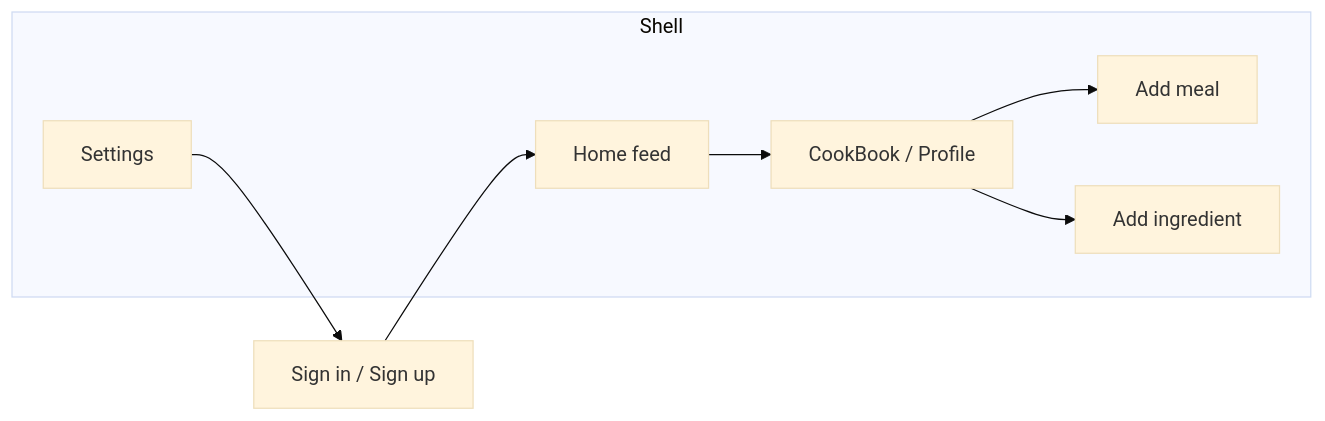
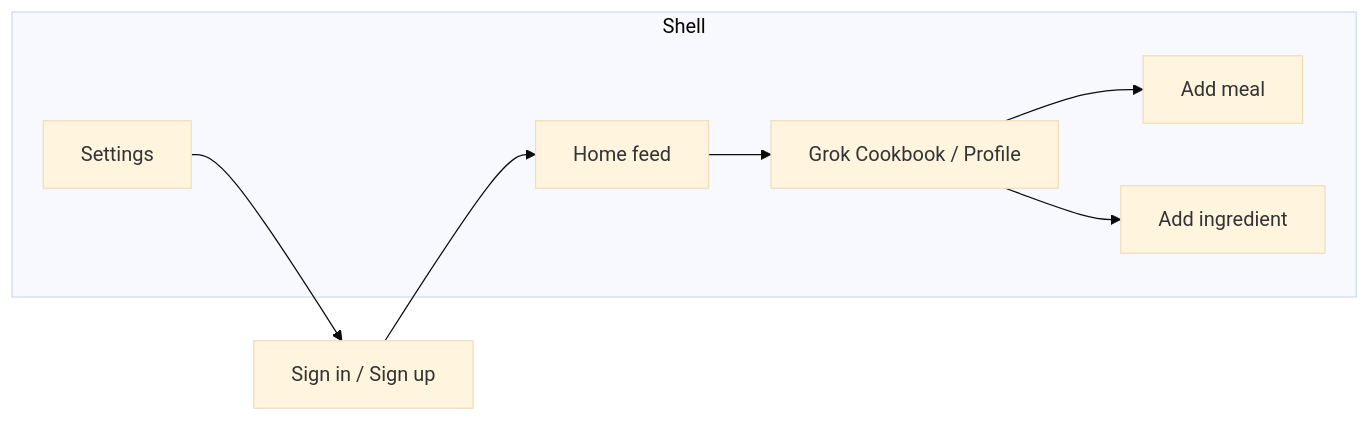
The first of 6 diagrams in DESIGN.md (Da-El/CookBook), drawn with Mermaid (base theme) before and after one commit. The commit also changed other lines of this file and 53 other files, not shown here.

First line of the commit message:
Rename project to grok-cookbook across repo, crates, Docker, and UI.

````diff
--- a/DESIGN.md
+++ b/DESIGN.md
@@ -44,16 +44,16 @@
 ```mermaid
 flowchart LR
   subgraph Shell
     Home[Home feed]
-    CB[CookBook / Profile]
+    CB[Grok Cookbook / Profile]
     AddM[Add meal]
     AddI[Add ingredient]
     Settings[Settings]
   end
   Auth[Sign in / Sign up]
   Auth --> Home
   Home --> CB
   CB --> AddM
   CB --> AddI
   Settings --> Auth
 ```
````
